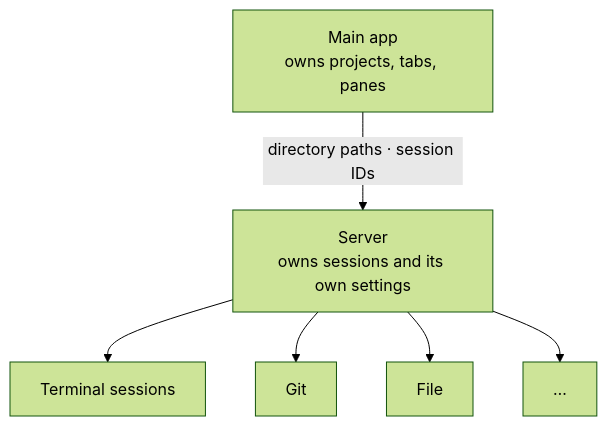
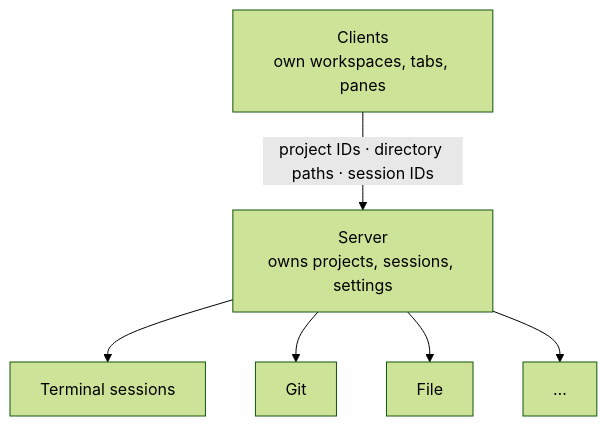
Before and after one commit to guppylab/muxy: the first of 2 diagrams in docs/product/server-model.md, drawn with Mermaid (forest theme). The commit also changed other lines of this file and 149 other files, not shown here.

````diff
--- a/docs/product/server-model.md
+++ b/docs/product/server-model.md
@@ -13,15 +13,15 @@
 ```mermaid
 flowchart TB
-    APP["Main app<br/>owns projects, tabs, panes"]
-    SERVER["Server<br/>owns sessions and its own settings"]
+    APP["Clients<br/>own workspaces, tabs, panes"]
+    SERVER["Server<br/>owns projects, sessions, settings"]
     PTY["Terminal sessions"]
     GIT["Git"]
     FILE["File"]
     MORE["…"]
 
-    APP -->|"directory paths · session IDs"| SERVER
+    APP -->|"project IDs · directory paths · session IDs"| SERVER
     SERVER --> PTY
     SERVER --> GIT
     SERVER --> FILE
     SERVER --> MORE
 ```
````
